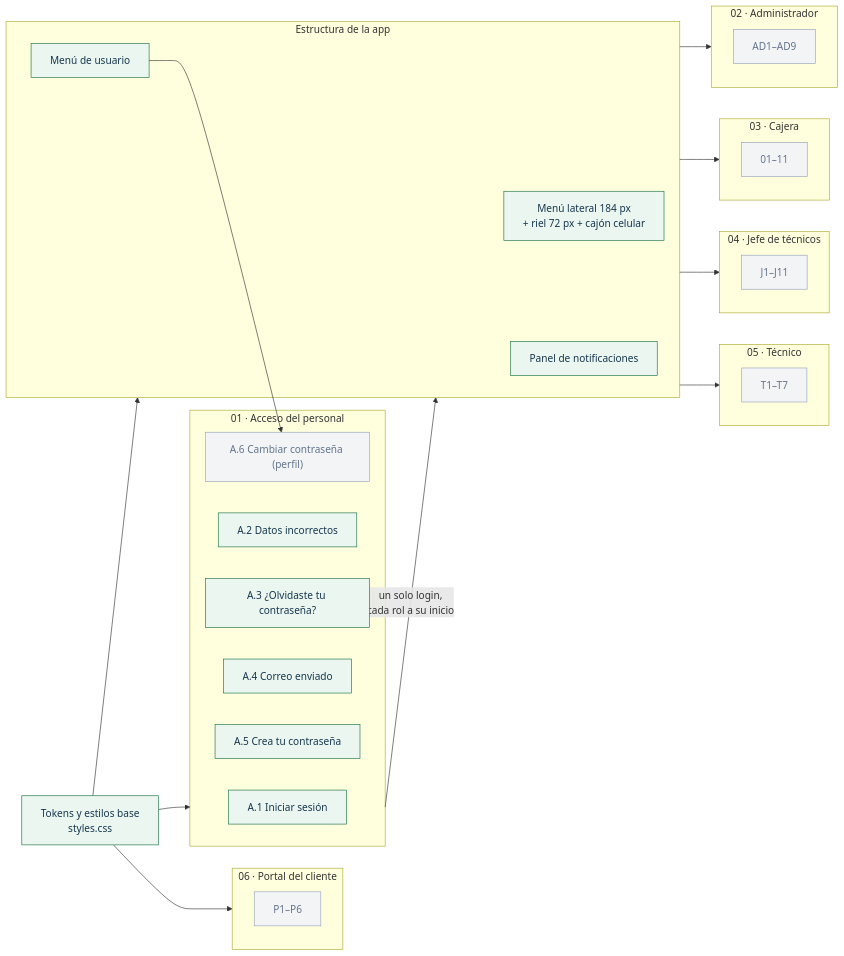
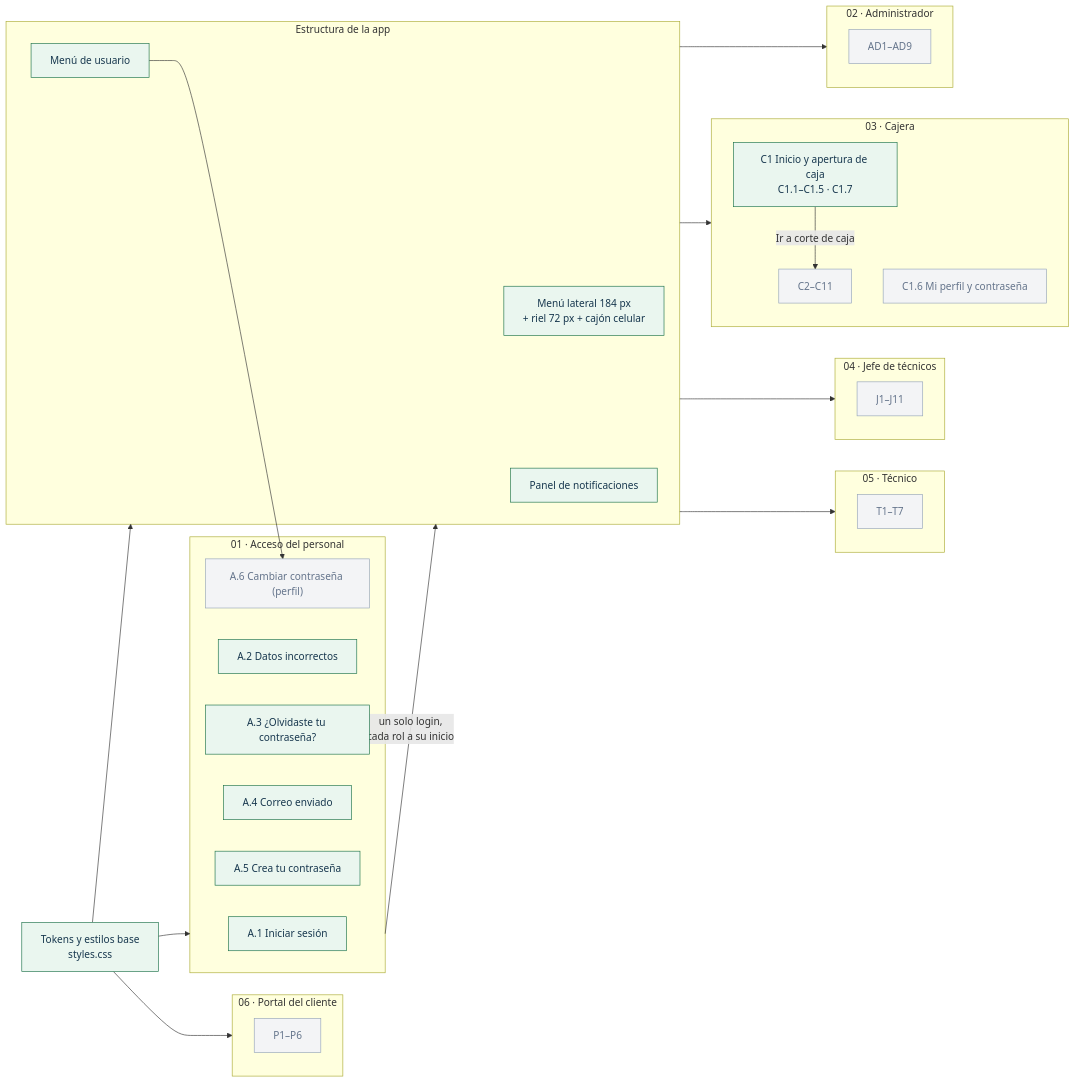
The first of 3 diagrams in frontend/BITACORA.md (dianaaochoa/SHURI-Sistema-Gestion), drawn with Mermaid before and after one commit. The commit also changed other lines of this file, not shown here.

Commit message:
docs(frontend): bitácora y grafos con el inicio de la cajera (C1)

````diff
--- a/frontend/BITACORA.md
+++ b/frontend/BITACORA.md
@@ -15,46 +15,49 @@
 ```mermaid
 flowchart LR
   classDef hecho fill:#eaf6ef,stroke:#187047,color:#17374e
   classDef curso fill:#fff4dc,stroke:#925d0b,color:#17374e
   classDef pendiente fill:#f3f4f6,stroke:#94a3b8,color:#64748b
 
   BASE["Tokens y estilos base<br/>styles.css"]:::hecho
 
   subgraph ACC["01 · Acceso del personal"]
     A1["A.1 Iniciar sesión"]:::hecho
     A2["A.2 Datos incorrectos"]:::hecho
     A3["A.3 ¿Olvidaste tu contraseña?"]:::hecho
     A4["A.4 Correo enviado"]:::hecho
     A5["A.5 Crea tu contraseña"]:::hecho
     A6["A.6 Cambiar contraseña (perfil)"]:::pendiente
   end
 
   subgraph SHELL["Estructura de la app"]
     MENU["Menú lateral 184 px<br/>+ riel 72 px + cajón celular"]:::hecho
     USR["Menú de usuario"]:::hecho
     NOT["Panel de notificaciones"]:::hecho
   end
 
   subgraph ADM["02 · Administrador"]
     AD["AD1–AD9"]:::pendiente
   end
   subgraph CAJ["03 · Cajera"]
-    C["01–11"]:::pendiente
+    C1["C1 Inicio y apertura de caja<br/>C1.1–C1.5 · C1.7"]:::hecho
+    C16["C1.6 Mi perfil y contraseña"]:::pendiente
+    C["C2–C11"]:::pendiente
   end
   subgraph JEF["04 · Jefe de técnicos"]
     J["J1–J11"]:::pendiente
   end
   subgraph TEC["05 · Técnico"]
     T["T1–T7"]:::pendiente
   end
   subgraph POR["06 · Portal del cliente"]
     P["P1–P6"]:::pendiente
   end
 
   BASE --> ACC
   BASE --> SHELL
   ACC -->|"un solo login,<br/>cada rol a su inicio"| SHELL
   SHELL --> ADM & CAJ & JEF & TEC
   USR --> A6
+  C1 -->|"Ir a corte de caja"| C
   BASE --> POR
 ```
````
